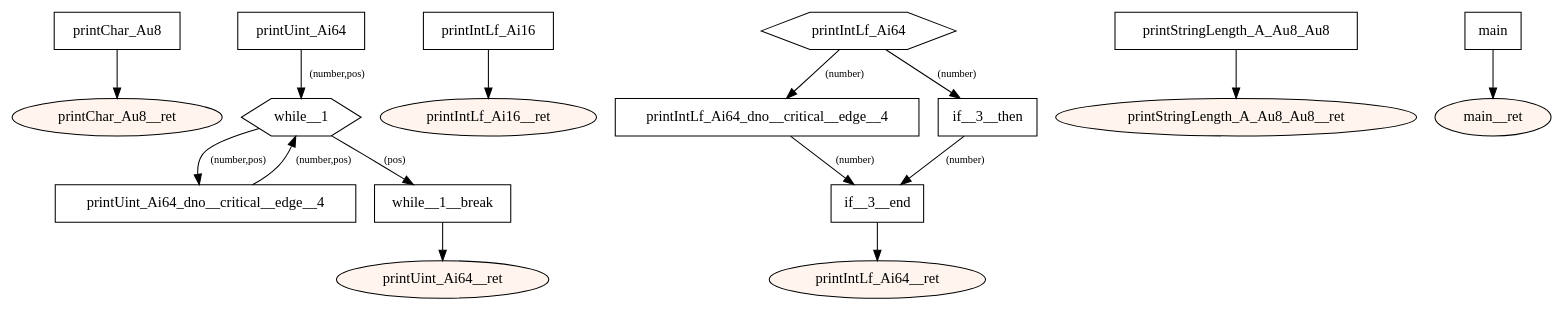
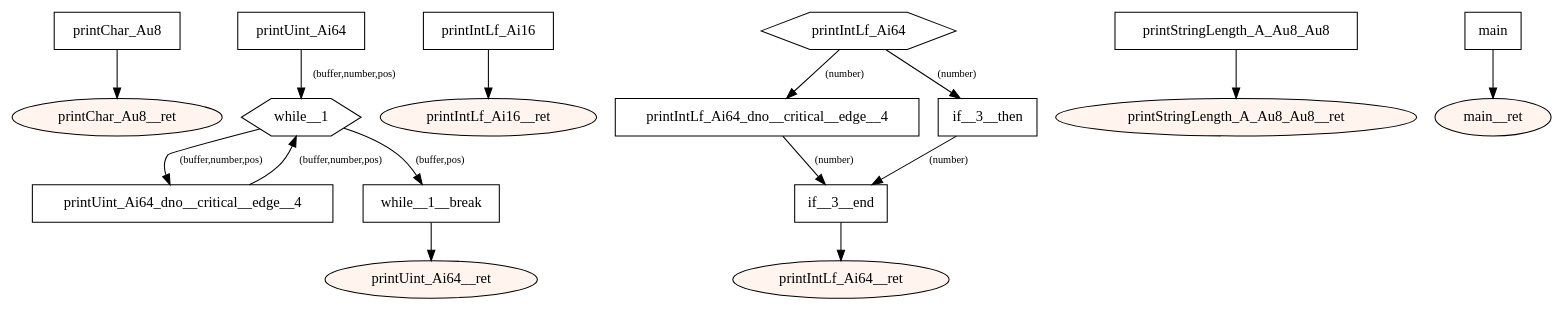
One commit to tmssngr/tinyC changed the diagram in src/main/resources-test/compiler/windows/pointers.dot. Above: the diagram before and after it, drawn with Graphviz. The commit also changed 6 other files, not shown here.

```diff
--- a/src/main/resources-test/compiler/windows/pointers.dot
+++ b/src/main/resources-test/compiler/windows/pointers.dot
@@ -1,47 +1,47 @@
 digraph program {
 	edge[fontsize="10pt"];
 	subgraph fn_printChar_Au8 {
 		BasicBlock_0_printChar_Au8 [label="printChar_Au8",shape=box];
 		BasicBlock_0_printChar_Au8 -> BasicBlock_0_printChar_Au8__ret;
 		BasicBlock_0_printChar_Au8__ret [label="printChar_Au8__ret",shape=oval,style=filled,fillcolor="#fff5ee"];
 	}
 	subgraph fn_printUint_Ai64 {
 		BasicBlock_1_printUint_Ai64 [label="printUint_Ai64",shape=box];
-		BasicBlock_1_printUint_Ai64 -> BasicBlock_1_while__1 [label="(number,pos)"];
+		BasicBlock_1_printUint_Ai64 -> BasicBlock_1_while__1 [label="(buffer,number,pos)"];
 		BasicBlock_1_printUint_Ai64_dno__critical__edge__4 [label="printUint_Ai64_dno__critical__edge__4",shape=box];
-		BasicBlock_1_printUint_Ai64_dno__critical__edge__4 -> BasicBlock_1_while__1 [label="(number,pos)"];
+		BasicBlock_1_printUint_Ai64_dno__critical__edge__4 -> BasicBlock_1_while__1 [label="(buffer,number,pos)"];
 		BasicBlock_1_while__1 [label="while__1",shape=hexagon];
-		BasicBlock_1_while__1 -> BasicBlock_1_printUint_Ai64_dno__critical__edge__4 [label="(number,pos)"];
-		BasicBlock_1_while__1 -> BasicBlock_1_while__1__break [label="(pos)"];
+		BasicBlock_1_while__1 -> BasicBlock_1_printUint_Ai64_dno__critical__edge__4 [label="(buffer,number,pos)"];
+		BasicBlock_1_while__1 -> BasicBlock_1_while__1__break [label="(buffer,pos)"];
 		BasicBlock_1_while__1__break [label="while__1__break",shape=box];
 		BasicBlock_1_while__1__break -> BasicBlock_1_printUint_Ai64__ret;
 		BasicBlock_1_printUint_Ai64__ret [label="printUint_Ai64__ret",shape=oval,style=filled,fillcolor="#fff5ee"];
 	}
 	subgraph fn_printIntLf_Ai16 {
 		BasicBlock_2_printIntLf_Ai16 [label="printIntLf_Ai16",shape=box];
 		BasicBlock_2_printIntLf_Ai16 -> BasicBlock_2_printIntLf_Ai16__ret;
 		BasicBlock_2_printIntLf_Ai16__ret [label="printIntLf_Ai16__ret",shape=oval,style=filled,fillcolor="#fff5ee"];
 	}
 	subgraph fn_printIntLf_Ai64 {
 		BasicBlock_3_printIntLf_Ai64 [label="printIntLf_Ai64",shape=hexagon];
 		BasicBlock_3_printIntLf_Ai64 -> BasicBlock_3_printIntLf_Ai64_dno__critical__edge__4 [label="(number)"];
 		BasicBlock_3_printIntLf_Ai64 -> BasicBlock_3_if__3__then [label="(number)"];
 		BasicBlock_3_printIntLf_Ai64_dno__critical__edge__4 [label="printIntLf_Ai64_dno__critical__edge__4",shape=box];
 		BasicBlock_3_printIntLf_Ai64_dno__critical__edge__4 -> BasicBlock_3_if__3__end [label="(number)"];
 		BasicBlock_3_if__3__then [label="if__3__then",shape=box];
 		BasicBlock_3_if__3__then -> BasicBlock_3_if__3__end [label="(number)"];
 		BasicBlock_3_if__3__end [label="if__3__end",shape=box];
 		BasicBlock_3_if__3__end -> BasicBlock_3_printIntLf_Ai64__ret;
 		BasicBlock_3_printIntLf_Ai64__ret [label="printIntLf_Ai64__ret",shape=oval,style=filled,fillcolor="#fff5ee"];
 	}
 	subgraph fn_printStringLength_A_Au8_Au8 {
 		BasicBlock_4_printStringLength_A_Au8_Au8 [label="printStringLength_A_Au8_Au8",shape=box];
 		BasicBlock_4_printStringLength_A_Au8_Au8 -> BasicBlock_4_printStringLength_A_Au8_Au8__ret;
 		BasicBlock_4_printStringLength_A_Au8_Au8__ret [label="printStringLength_A_Au8_Au8__ret",shape=oval,style=filled,fillcolor="#fff5ee"];
 	}
 	subgraph fn_main {
 		BasicBlock_5_main [label="main",shape=box];
 		BasicBlock_5_main -> BasicBlock_5_main__ret;
 		BasicBlock_5_main__ret [label="main__ret",shape=oval,style=filled,fillcolor="#fff5ee"];
 	}
 }
```
